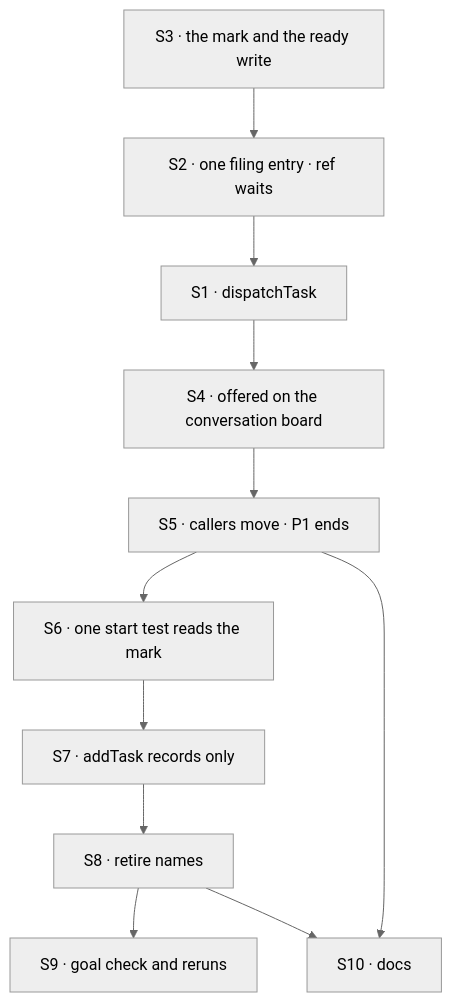
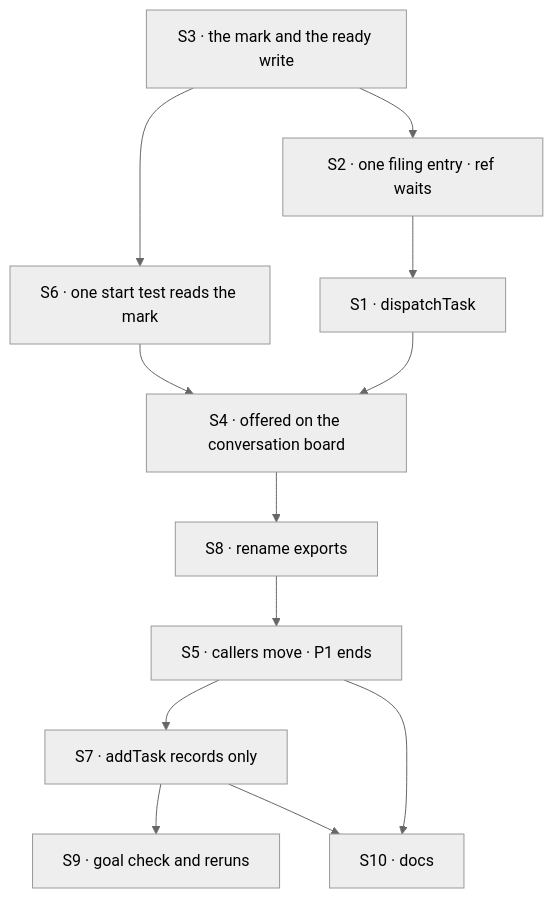
Before and after one commit to fixpoint-labs/flow-state-dev: the diagram in specs/issues/FIX-1875/PLAN.md, drawn with Mermaid (neutral theme). The commit also changed other lines of this file and 8 other files, not shown here.

````diff
--- a/specs/issues/FIX-1875/PLAN.md
+++ b/specs/issues/FIX-1875/PLAN.md
@@ -28,13 +35,14 @@
 ```mermaid
 flowchart TD
-  S3["S3 · the mark and the ready write"] --> S2["S2 · one filing entry · ref waits"]
+  S3["S3 · the mark and the ready write"] --> S6["S6 · one start test reads the mark"]
+  S3 --> S2["S2 · one filing entry · ref waits"]
   S2 --> S1["S1 · dispatchTask"]
   S1 --> S4["S4 · offered on the conversation board"]
-  S4 --> S5["S5 · callers move · P1 ends"]
-  S5 --> S6["S6 · one start test reads the mark"]
-  S6 --> S7["S7 · addTask records only"]
-  S7 --> S8["S8 · retire names"]
-  S8 --> S9["S9 · goal check and reruns"]
+  S6 --> S4
+  S4 --> S8["S8 · rename exports"]
+  S8 --> S5["S5 · callers move · P1 ends"]
+  S5 --> S7["S7 · addTask records only"]
+  S7 --> S9["S9 · goal check and reruns"]
   S5 --> S10["S10 · docs"]
-  S8 --> S10
+  S7 --> S10
 ```
````
